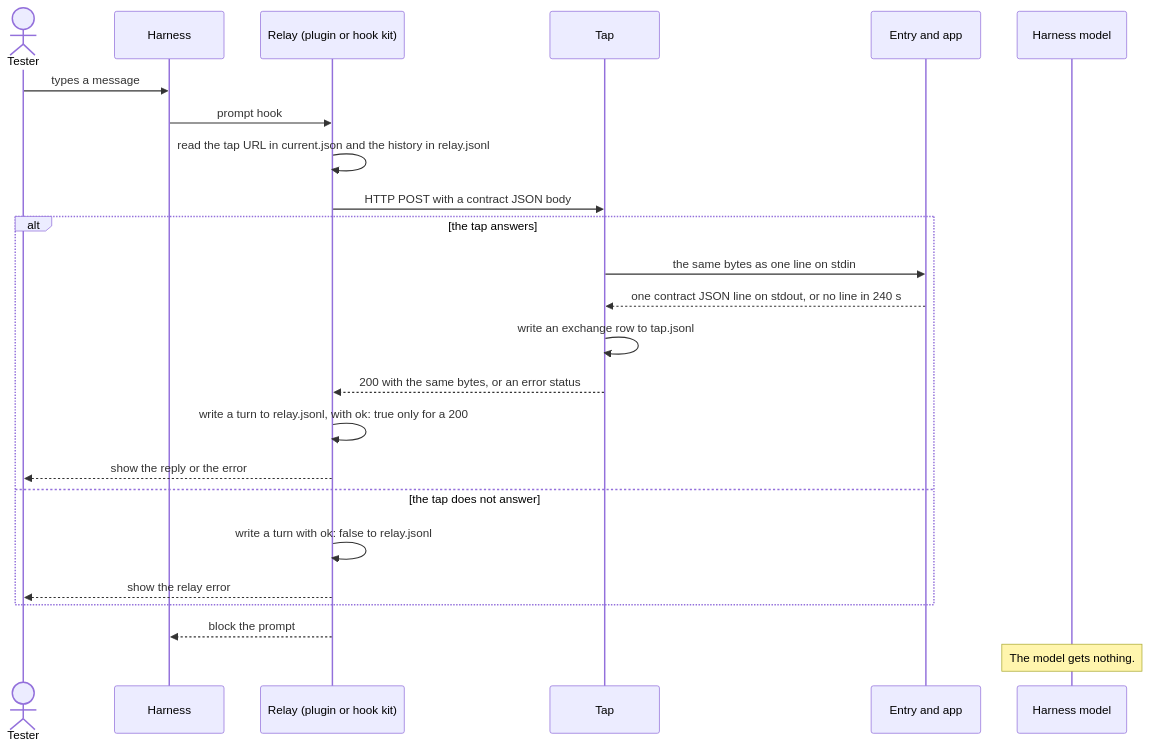
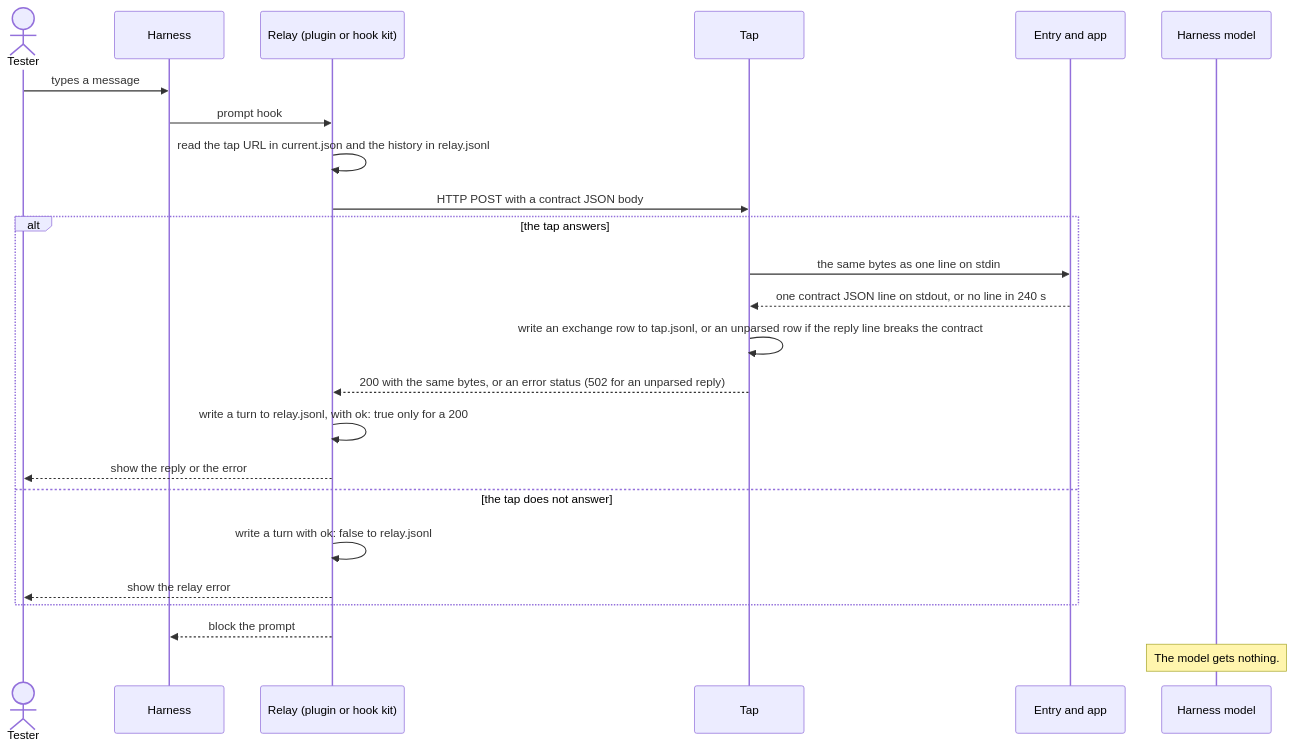
The second of 4 diagrams in docs/architecture.md (mohanraj00/nookku), drawn with Mermaid before and after one commit. The commit also changed other lines of this file, not shown here.

Commit message:
Link the 5 seconds to its test, and show the unparsed row of a bad reply

````diff
--- a/docs/architecture.md
+++ b/docs/architecture.md
@@ -99,27 +99,27 @@
 ```mermaid
 sequenceDiagram
     actor Tester
     participant Harness
     participant Relay as Relay (plugin or hook kit)
     participant Tap
     participant Entry as Entry and app
     participant Model as Harness model
 
     Tester->>Harness: types a message
     Harness->>Relay: prompt hook
     Relay->>Relay: read the tap URL in current.json and the history in relay.jsonl
     Relay->>Tap: HTTP POST with a contract JSON body
     alt the tap answers
         Tap->>Entry: the same bytes as one line on stdin
         Entry-->>Tap: one contract JSON line on stdout, or no line in 240 s
-        Tap->>Tap: write an exchange row to tap.jsonl
-        Tap-->>Relay: 200 with the same bytes, or an error status
+        Tap->>Tap: write an exchange row to tap.jsonl, or an unparsed row if the reply line breaks the contract
+        Tap-->>Relay: 200 with the same bytes, or an error status (502 for an unparsed reply)
         Relay->>Relay: write a turn to relay.jsonl, with ok: true only for a 200
         Relay-->>Tester: show the reply or the error
     else the tap does not answer
         Relay->>Relay: write a turn with ok: false to relay.jsonl
         Relay-->>Tester: show the relay error
     end
     Relay-->>Harness: block the prompt
     Note over Model: The model gets nothing.
 ```
````
